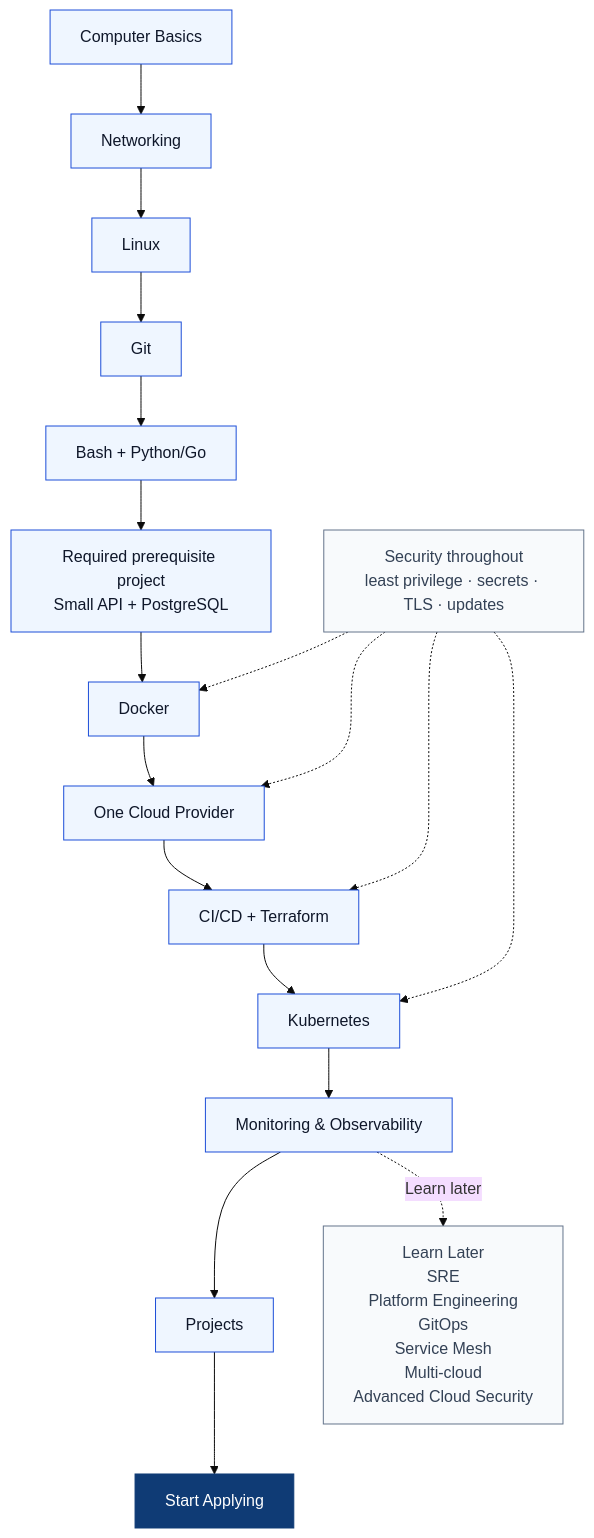
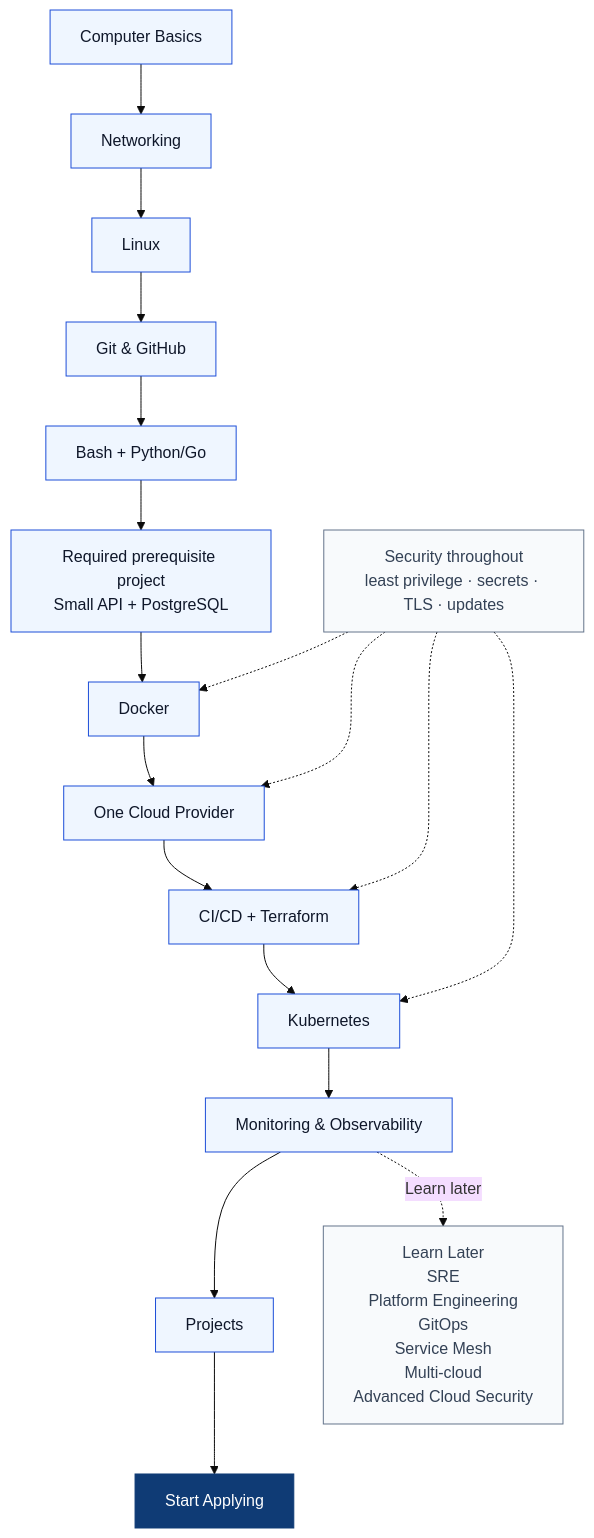
The diagram in ROADMAP.md (mazenessam77/cloud-devops-roadmap-2026), drawn with Mermaid (base theme) before and after one commit. The commit also changed 5 other files, not shown here.

````diff
--- a/ROADMAP.md
+++ b/ROADMAP.md
@@ -5,29 +5,29 @@
 ```mermaid
 flowchart TD
     A[Computer Basics] --> B[Networking]
     B --> C[Linux]
-    C --> D[Git]
+    C --> D[Git & GitHub]
     D --> E[Bash + Python/Go]
     E --> P[Required prerequisite project<br/>Small API + PostgreSQL]
     P --> G[Docker]
     G --> F[One Cloud Provider]
     F --> H[CI/CD + Terraform]
     H --> J[Kubernetes]
     J --> K[Monitoring & Observability]
     K --> M[Projects]
     M --> N[Start Applying]
 
     S[Security throughout<br/>least privilege · secrets · TLS · updates] -.-> G
     S -.-> F
     S -.-> H
     S -.-> J
 
     K -. Learn later .-> O[Learn Later<br/>SRE<br/>Platform Engineering<br/>GitOps<br/>Service Mesh<br/>Multi-cloud<br/>Advanced Cloud Security]
 
     classDef main fill:#eff6ff,stroke:#1d4ed8,color:#0f172a,stroke-width:1px;
     classDef final fill:#0f3b75,stroke:#0f3b75,color:#ffffff,stroke-width:1px;
     classDef later fill:#f8fafc,stroke:#64748b,color:#334155,stroke-width:1px;
     class A,B,C,D,E,P,G,F,H,J,K,M main;
     class N final;
     class O,S later;
 ```
````
